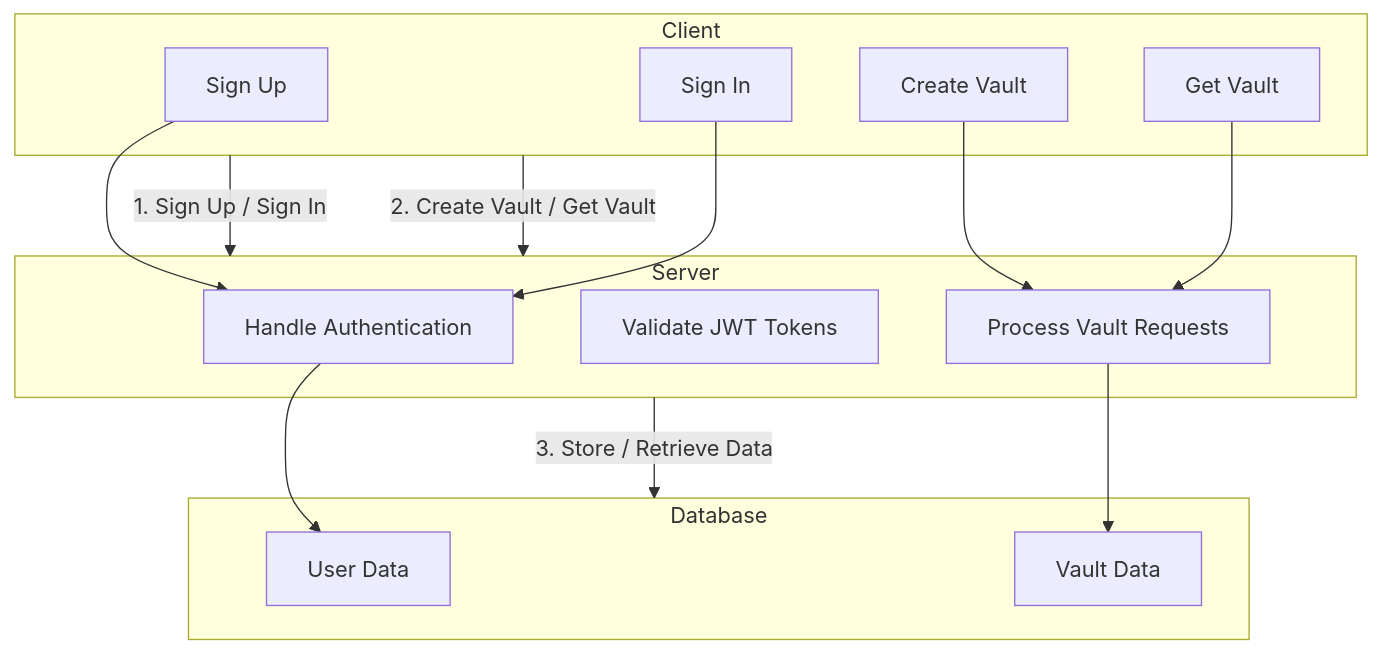
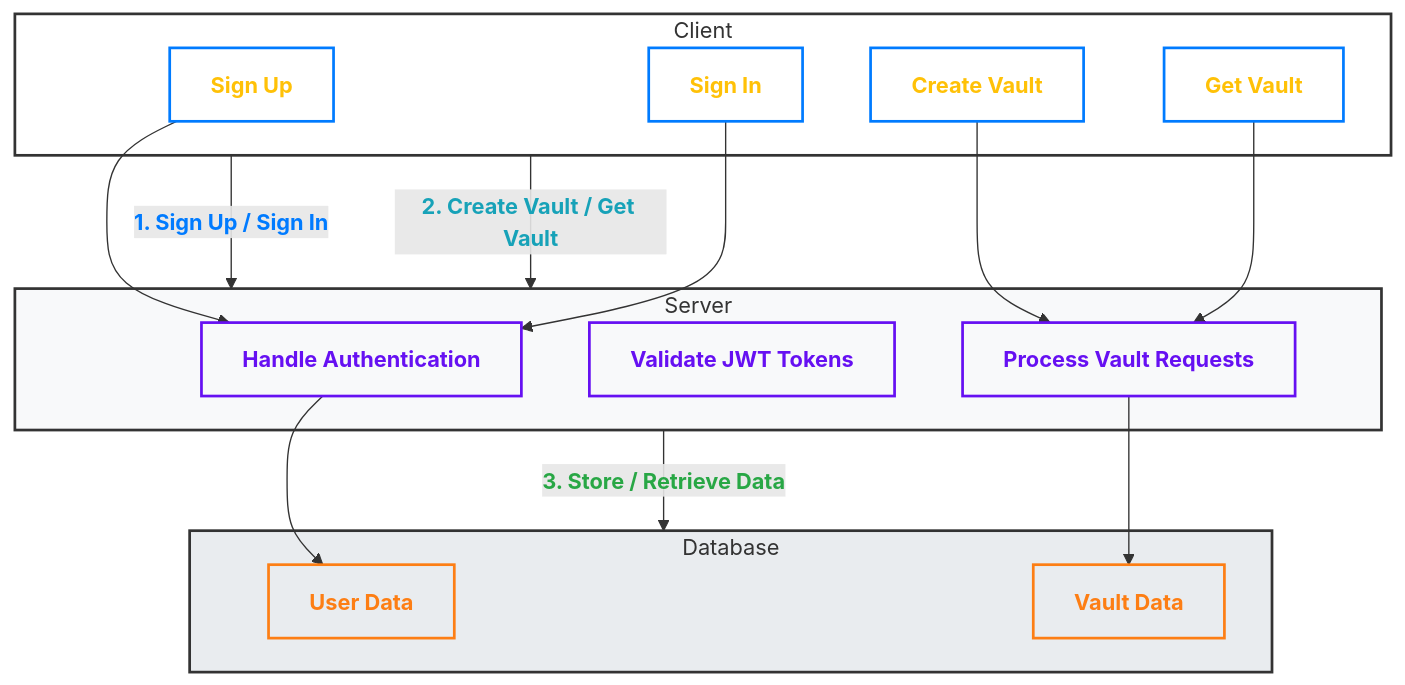
One commit to andreevym/gophkeeper changed the diagram in README.md. Above: the diagram before and after it, drawn with Mermaid. The commit also changed other lines of this file, not shown here.

Commit message:
added documentation for this application

````diff
--- a/README.md
+++ b/README.md
@@ -62,32 +62,48 @@
 ```mermaid
 graph TD
-    Client(User) -->|1. Sign Up / Sign In| Server
-    Client -->|2. Create Vault / Get Vault| Server
-    Server -->|3. Store / Retrieve Data| Database
+    Client[Client] -->|<font color="#007bff"><b>1. Sign Up / Sign In</b></font>| Server
+    Client -->|<font color="#17a2b8"><b>2. Create Vault / Get Vault</b></font>| Server
+    Server -->|<font color="#28a745"><b>3. Store / Retrieve Data</b></font>| Database
 
     subgraph "Client"
-        C1[Sign Up]
-        C2[Sign In]
-        C3[Create Vault]
-        C4[Get Vault]
+        C1[<font color="#ffc107"><b>Sign Up</b></font>]
+        C2[<font color="#ffc107"><b>Sign In</b></font>]
+        C3[<font color="#ffc107"><b>Create Vault</b></font>]
+        C4[<font color="#ffc107"><b>Get Vault</b></font>]
     end
     
     subgraph "Server"
-        S1[Handle Authentication]
-        S2[Validate JWT Tokens]
-        S3[Process Vault Requests]
+        S1[<font color="#6610f2"><b>Handle Authentication</b></font>]
+        S2[<font color="#6610f2"><b>Validate JWT Tokens</b></font>]
+        S3[<font color="#6610f2"><b>Process Vault Requests</b></font>]
     end
     
     subgraph "Database"
-        D1[User Data]
-        D2[Vault Data]
+        D1[<font color="#fd7e14"><b>User Data</b></font>]
+        D2[<font color="#fd7e14"><b>Vault Data</b></font>]
     end
+    
+    style Client fill:#ffffff,stroke:#333,stroke-width:2px
+    style Server fill:#f8f9fa,stroke:#333,stroke-width:2px
+    style Database fill:#e9ecef,stroke:#333,stroke-width:2px
+    
+    style C1 fill:#ffffff,stroke:#007bff,stroke-width:2px
+    style C2 fill:#ffffff,stroke:#007bff,stroke-width:2px
+    style C3 fill:#ffffff,stroke:#007bff,stroke-width:2px
+    style C4 fill:#ffffff,stroke:#007bff,stroke-width:2px
+    
+    style S1 fill:#f8f9fa,stroke:#6610f2,stroke-width:2px
+    style S2 fill:#f8f9fa,stroke:#6610f2,stroke-width:2px
+    style S3 fill:#f8f9fa,stroke:#6610f2,stroke-width:2px
+    
+    style D1 fill:#e9ecef,stroke:#fd7e14,stroke-width:2px
+    style D2 fill:#e9ecef,stroke:#fd7e14,stroke-width:2px
     
     C1 --> S1
     C2 --> S1
     C3 --> S3
     C4 --> S3
     
     S1 --> D1
     S3 --> D2
 ```
````
